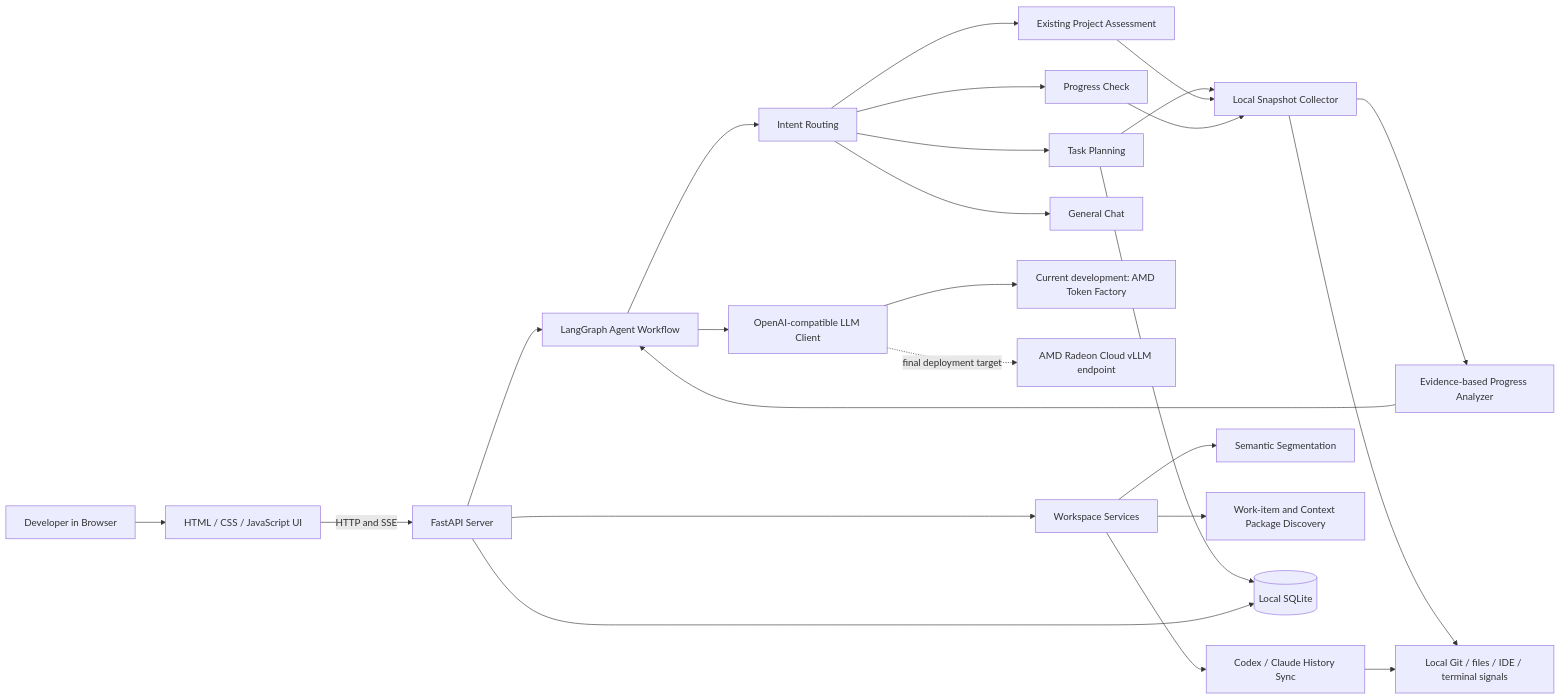
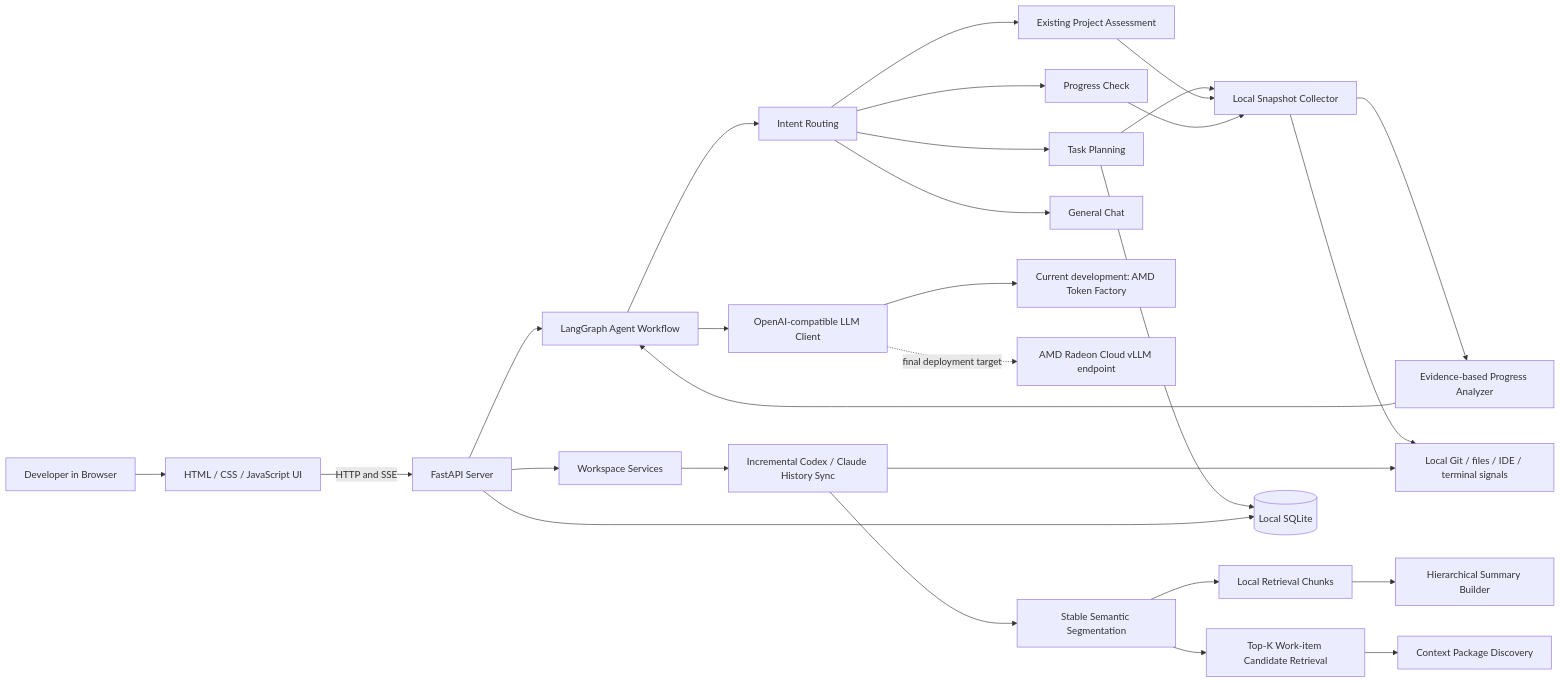
One commit to Maomaodesu/work-assistant-agent changed the diagram in project-specification.md. Above: the diagram before and after it, drawn with Mermaid. The commit also changed other lines of this file and 1 other file, not shown here.

Commit message:
docs: describe incremental analysis and retrieval

````diff
--- a/project-specification.md
+++ b/project-specification.md
@@ -42,32 +42,35 @@
 ```mermaid
 flowchart LR
     User[Developer in Browser] --> UI[HTML / CSS / JavaScript UI]
     UI -->|HTTP and SSE| API[FastAPI Server]
 
     API --> Graph[LangGraph Agent Workflow]
     Graph --> Route[Intent Routing]
     Route --> Plan[Task Planning]
     Route --> Assess[Existing Project Assessment]
     Route --> Progress[Progress Check]
     Route --> Chat[General Chat]
 
     Plan --> Snap[Local Snapshot Collector]
     Assess --> Snap
     Progress --> Snap
     Snap --> Analyze[Evidence-based Progress Analyzer]
     Analyze --> Graph
 
     Graph --> LLM[OpenAI-compatible LLM Client]
     LLM --> Current[Current development: AMD Token Factory]
     LLM -. final deployment target .-> VLLM[AMD Radeon Cloud vLLM endpoint]
 
     API --> Workspace[Workspace Services]
-    Workspace --> Sync[Codex / Claude History Sync]
-    Workspace --> Segment[Semantic Segmentation]
-    Workspace --> Items[Work-item and Context Package Discovery]
+    Workspace --> Sync[Incremental Codex / Claude History Sync]
+    Sync --> Segment[Stable Semantic Segmentation]
+    Segment --> Retrieve[Local Retrieval Chunks]
+    Retrieve --> Summary[Hierarchical Summary Builder]
+    Segment --> Items[Top-K Work-item Candidate Retrieval]
+    Items --> Context[Context Package Discovery]
 
     Plan --> DB[(Local SQLite)]
     API --> DB
     Snap --> Local[Local Git / files / IDE / terminal signals]
     Sync --> Local
 ```
````
